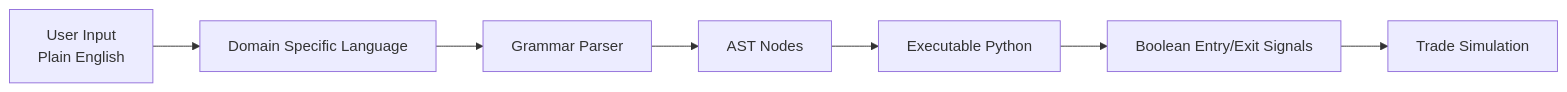
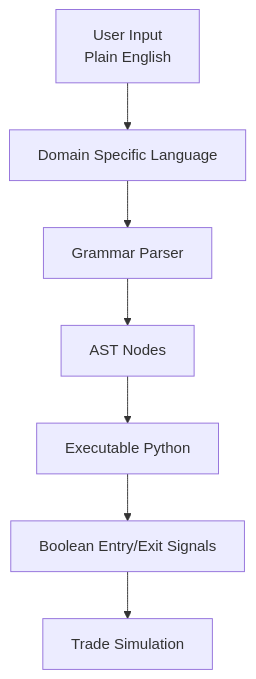
Before and after one commit to GeekyRiolu/TradeLang: the second of 4 diagrams in README.md, drawn with Mermaid. The commit also changed other lines of this file, not shown here.

````diff
--- a/README.md
+++ b/README.md
@@ -49,9 +47,9 @@
 ```mermaid
-flowchart LR
+flowchart TD
     NL[User Input<br/>Plain English] --> DSL[Domain Specific Language]
     DSL --> Parser[Grammar Parser]
     Parser --> AST[AST Nodes]
     AST --> Code[Executable Python]
     Code --> Signals[Boolean Entry/Exit Signals]
     Signals --> Backtest[Trade Simulation]
 ```
````
